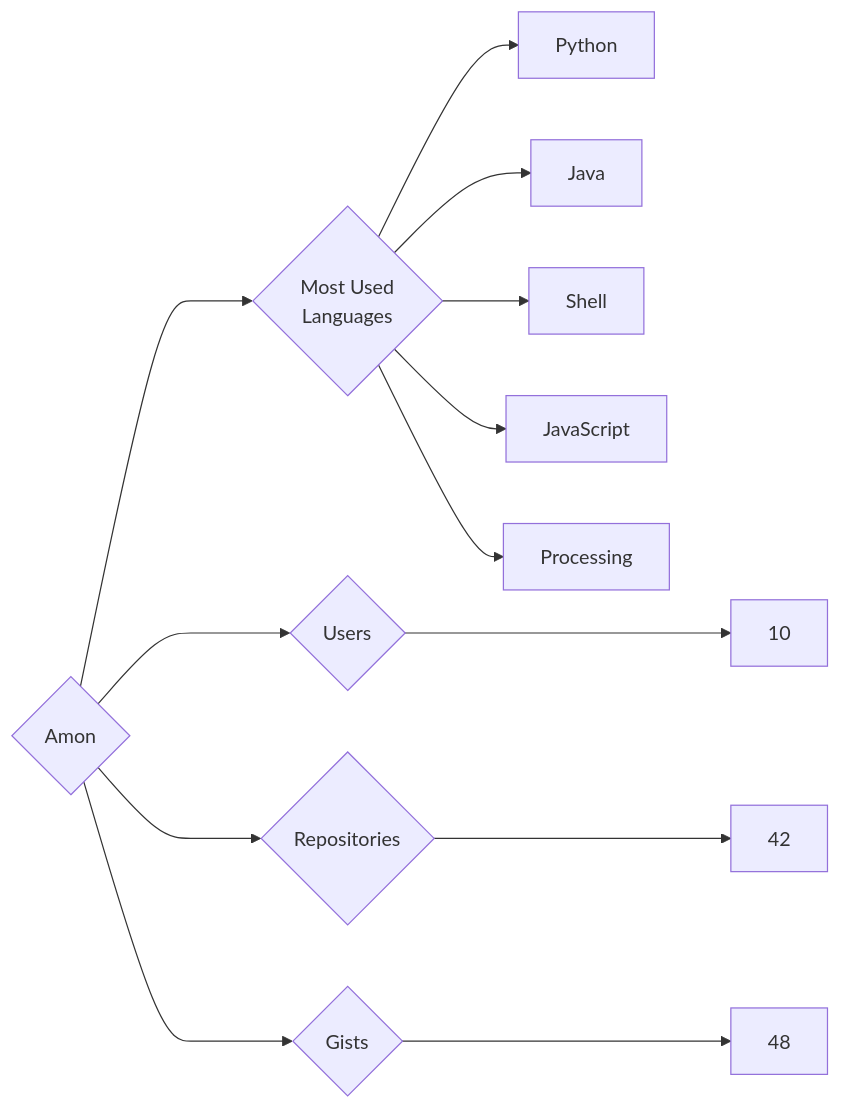
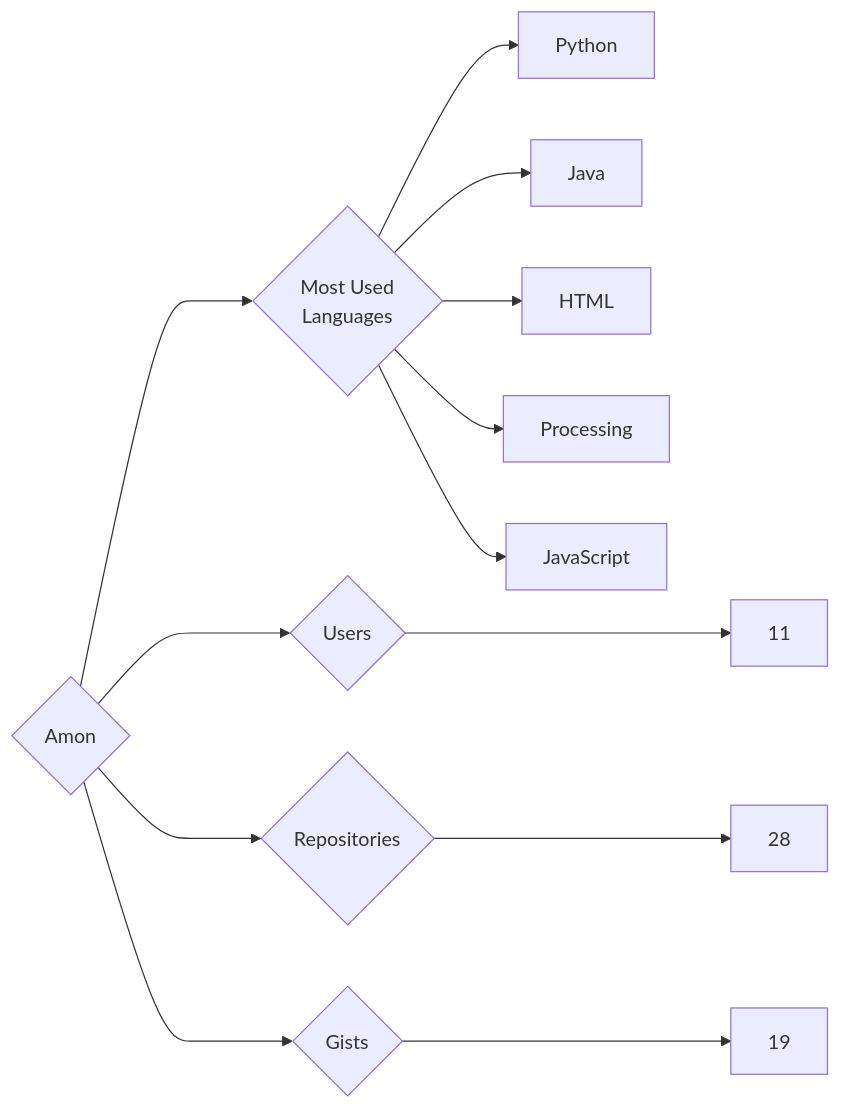
Before and after one commit to trickest/insiders: the diagram in targets/Amon/README.md, drawn with Mermaid. The commit also changed 969 other files, not shown here.

````diff
--- a/targets/Amon/README.md
+++ b/targets/Amon/README.md
@@ -3,13 +3,13 @@
 ```mermaid
 graph LR
 COMPANY_NAME{Amon}
-COMPANY_NAME ---> U{Users} ---> UN[10]
-COMPANY_NAME ---> R{Repositories} ---> RN[42]
-COMPANY_NAME ---> G{Gists} ---> GN[48]
+COMPANY_NAME ---> U{Users} ---> UN[11]
+COMPANY_NAME ---> R{Repositories} ---> RN[28]
+COMPANY_NAME ---> G{Gists} ---> GN[19]
 COMPANY_NAME ---> ML{Most Used<br>Languages}
 ML --> Python[Python]
 ML --> Java[Java]
-ML --> Shell[Shell]
+ML --> HTML[HTML]
+ML --> Processing[Processing]
 ML --> JavaScript[JavaScript]
-ML --> Processing[Processing]
 ```
````
